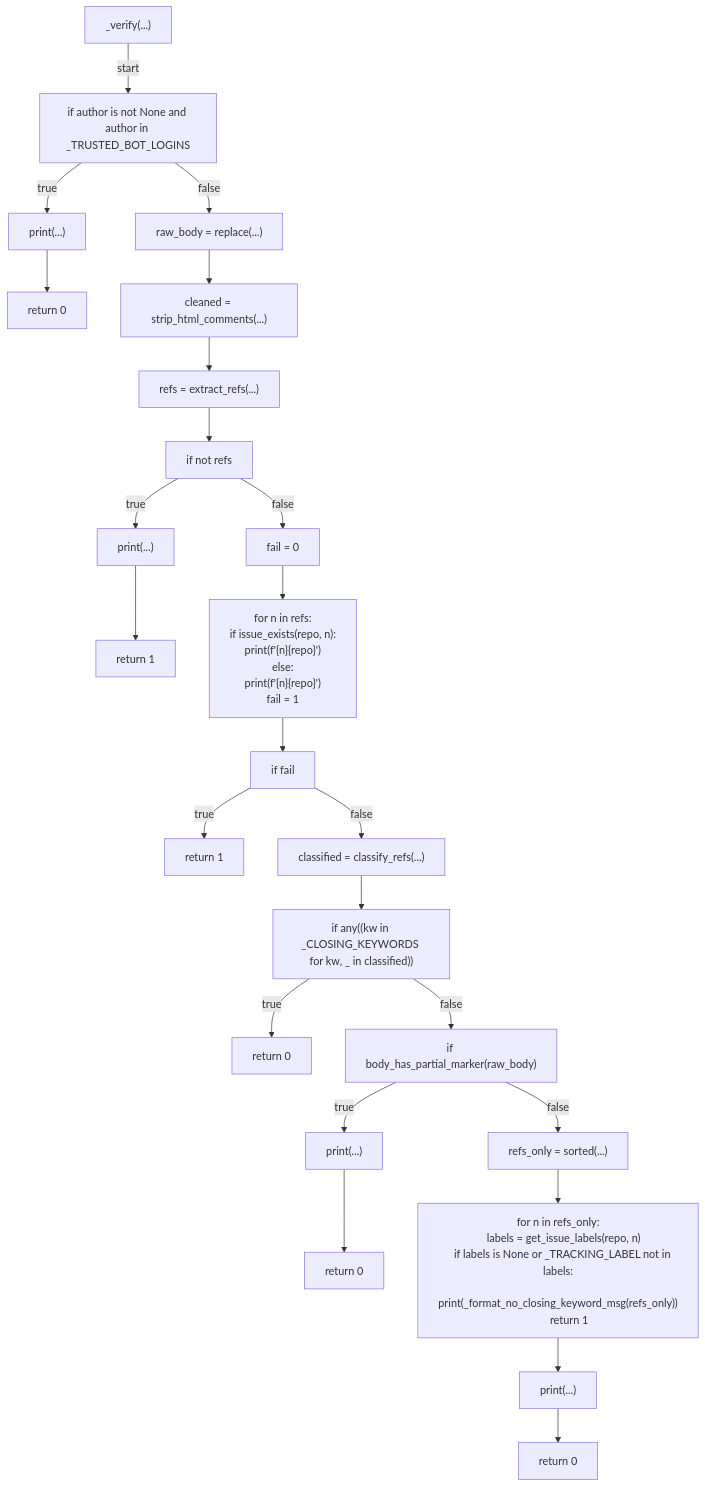
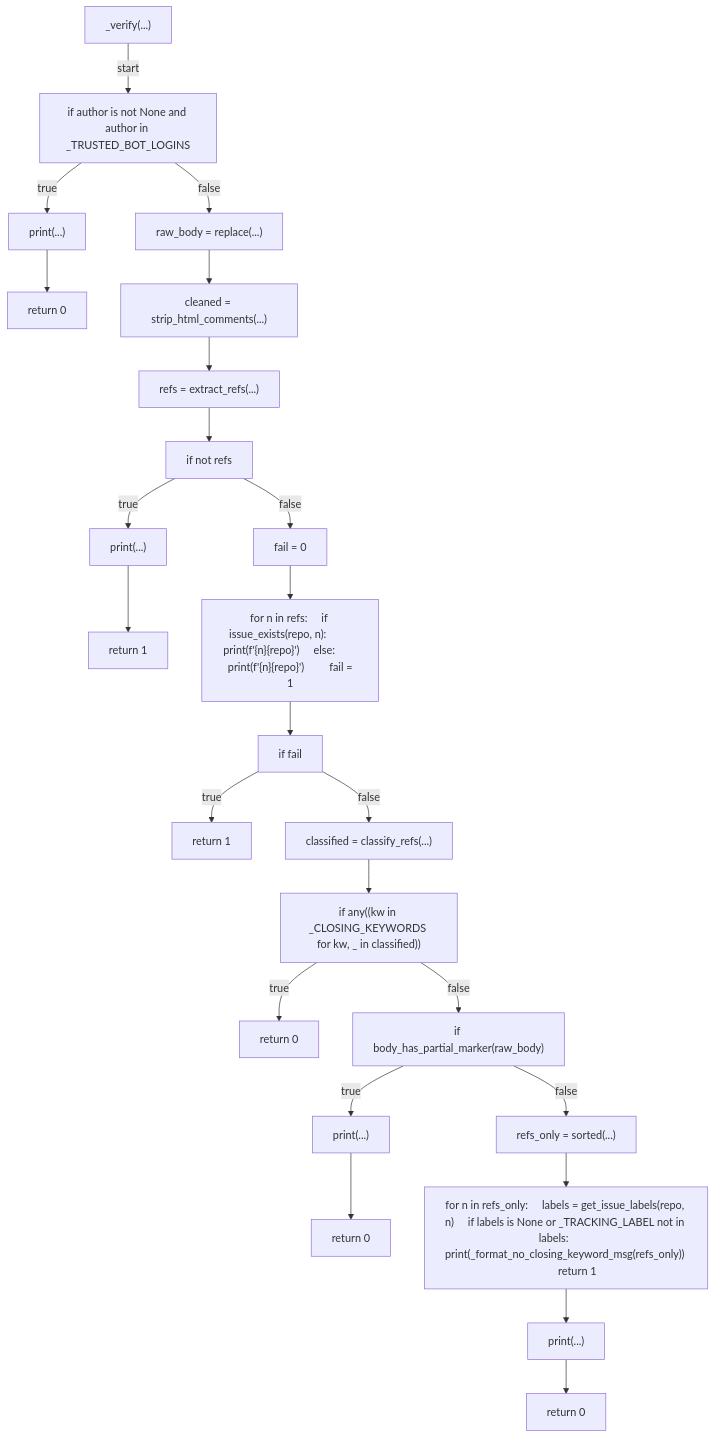
Before and after one commit to tvna/claude-md: the ninth of 11 diagrams in docs/generated/scripts/ast/issue_link.md, drawn with Mermaid. The commit also changed 30 other files, not shown here.

First line of the commit message:
docs(generated): regenerate decision tree and workflow diagrams (batch 2/5)

````diff
--- a/docs/generated/scripts/ast/issue_link.md
+++ b/docs/generated/scripts/ast/issue_link.md
@@ -114,59 +114,50 @@
 ```mermaid
 flowchart TD
     N001["_verify(...)"]
     N002["if author is not None and author in _TRUSTED_BOT_LOGINS"]
     N003["print(...)"]
     N004["return 0"]
     N005["raw_body = replace(...)"]
     N006["cleaned = strip_html_comments(...)"]
     N007["refs = extract_refs(...)"]
     N008["if not refs"]
     N009["print(...)"]
     N010["return 1"]
     N011["fail = 0"]
-    N012["for n in refs:
-    if issue_exists(repo, n):
-        print(f'<str>{n}<str>{repo}<str>')
-    else:
-        print(f'<str>{n}<str>{repo}<str>')
-        fail = 1"]
+    N012["for n in refs:     if issue_exists(repo, n):         print(f'<str>{n}<str>{repo}<str>')     else:         print(f'<str>{n}<str>{repo}<str>')         fail = 1"]
     N013["if fail"]
     N014["return 1"]
     N015["classified = classify_refs(...)"]
     N016["if any((kw in _CLOSING_KEYWORDS for kw, _ in classified))"]
     N017["return 0"]
     N018["if body_has_partial_marker(raw_body)"]
     N019["print(...)"]
     N020["return 0"]
     N021["refs_only = sorted(...)"]
-    N022["for n in refs_only:
-    labels = get_issue_labels(repo, n)
-    if labels is None or _TRACKING_LABEL not in labels:
-        print(_format_no_closing_keyword_msg(refs_only))
-        return 1"]
+    N022["for n in refs_only:     labels = get_issue_labels(repo, n)     if labels is None or _TRACKING_LABEL not in labels:         print(_format_no_closing_keyword_msg(refs_only))         return 1"]
     N023["print(...)"]
     N024["return 0"]
     N001 -->|"start"| N002
     N002 -->|"true"| N003
     N003 --> N004
     N002 -->|"false"| N005
     N005 --> N006
     N006 --> N007
     N007 --> N008
     N008 -->|"true"| N009
     N009 --> N010
     N008 -->|"false"| N011
     N011 --> N012
     N012 --> N013
     N013 -->|"true"| N014
     N013 -->|"false"| N015
     N015 --> N016
     N016 -->|"true"| N017
     N016 -->|"false"| N018
     N018 -->|"true"| N019
     N019 --> N020
     N018 -->|"false"| N021
     N021 --> N022
     N022 --> N023
     N023 --> N024
 ```
````
